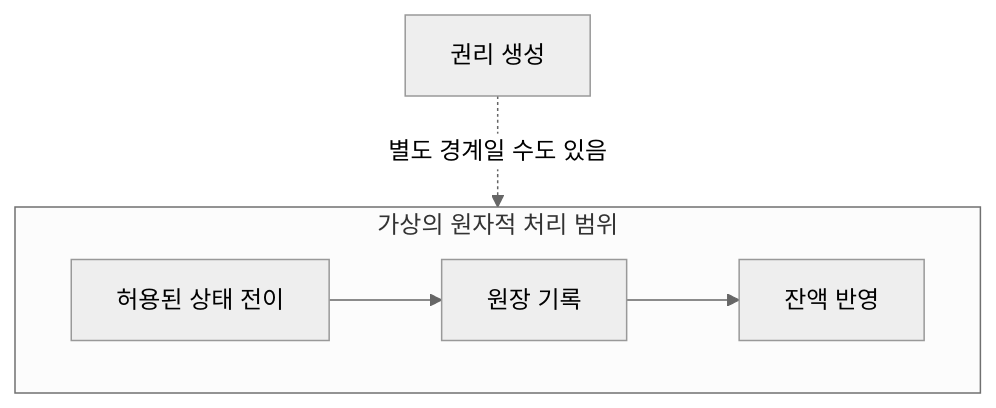
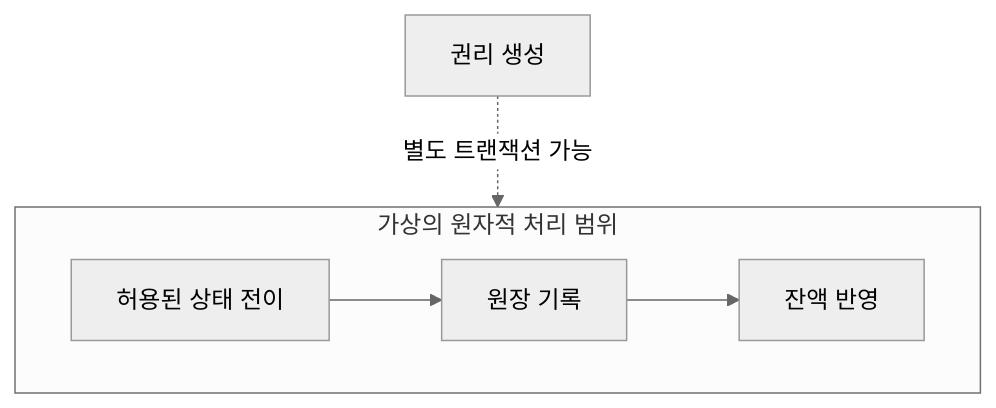
Before and after one commit to jiwon11/jiwon11.github.io: the sixth of 7 diagrams in _posts/2026-03-20-reward-creation-receipt-charge-responsibility.md, drawn with Mermaid (neutral theme). The commit also changed other lines of this file and 6 other files, not shown here.

```diff
--- a/_posts/2026-03-20-reward-creation-receipt-charge-responsibility.md
+++ b/_posts/2026-03-20-reward-creation-receipt-charge-responsibility.md
@@ -226,11 +226,11 @@
 ~~~mermaid
 flowchart TB
     subgraph TX["가상의 원자적 처리 범위"]
         T["허용된 상태 전이"]
         L["원장 기록"]
         B["잔액 반영"]
         T --> L --> B
     end
 
-    C["권리 생성"] -. "별도 경계일 수도 있음" .-> TX
+    C["권리 생성"] -. "별도 트랜잭션 가능" .-> TX
 ~~~
```
